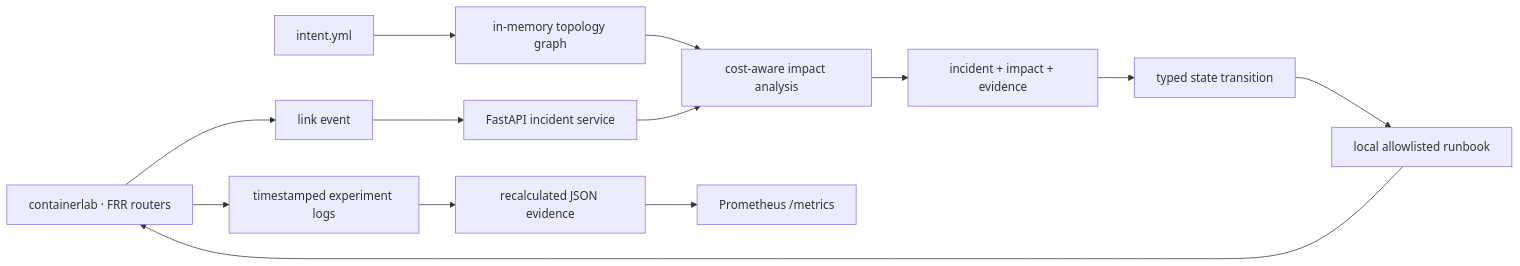
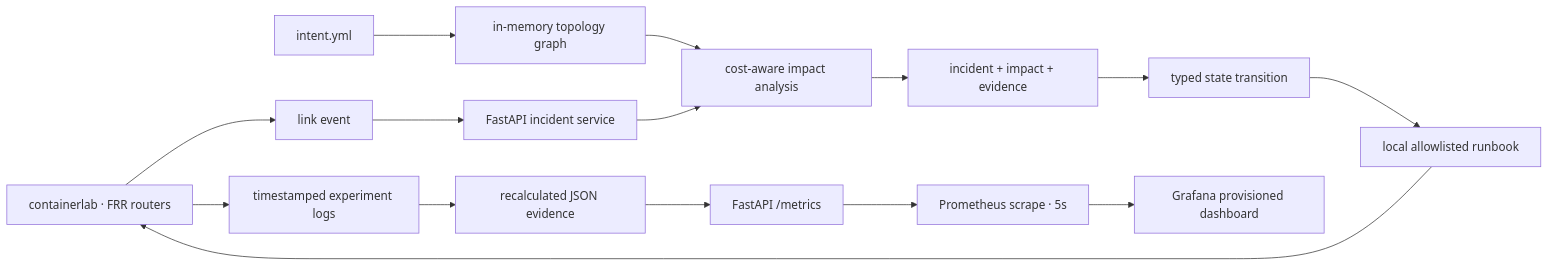
Before and after one commit to teriyakki-jin/telconet-sentinel: the first of 2 diagrams in docs/ARCHITECTURE.md, drawn with Mermaid. The commit also changed 9 other files, not shown here.

Commit message:
feat: provision Prometheus Grafana dashboard

````diff
--- a/docs/ARCHITECTURE.md
+++ b/docs/ARCHITECTURE.md
@@ -7,15 +7,17 @@
 ```mermaid
 flowchart LR
     CLAB["containerlab · FRR routers"] --> EVENT["link event"]
     EVENT --> API["FastAPI incident service"]
     INTENT["intent.yml"] --> GRAPH["in-memory topology graph"]
     GRAPH --> IMPACT["cost-aware impact analysis"]
     API --> IMPACT
     IMPACT --> INCIDENT["incident + impact + evidence"]
     INCIDENT --> APPROVAL["typed state transition"]
     APPROVAL --> RUNBOOK["local allowlisted runbook"]
     RUNBOOK --> CLAB
     CLAB --> RAW["timestamped experiment logs"]
     RAW --> EVIDENCE["recalculated JSON evidence"]
-    EVIDENCE --> METRICS["Prometheus /metrics"]
+    EVIDENCE --> METRICS["FastAPI /metrics"]
+    METRICS --> PROM["Prometheus scrape · 5s"]
+    PROM --> GRAFANA["Grafana provisioned dashboard"]
 ```
````
